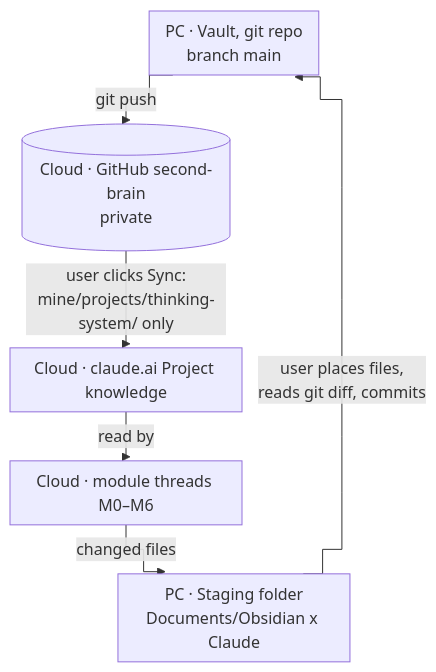
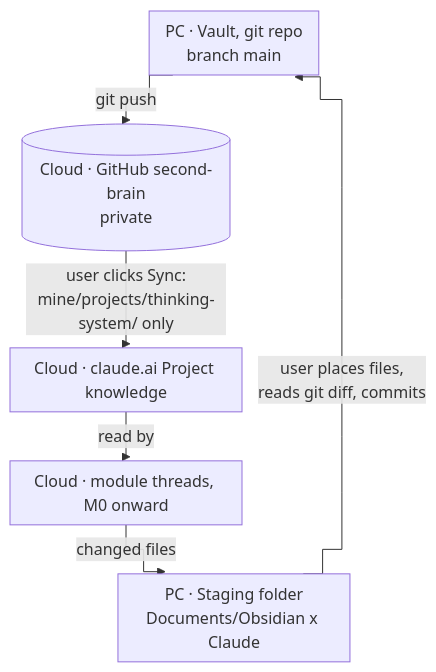
One commit to quocnguyen13/second-brain changed diagram 16 of 18 in mine/projects/thinking-system/20 Product Requirements.md. Above: the diagram before and after it, drawn with Mermaid. The commit also changed other lines of this file and 5 other files, not shown here.

````diff
--- a/mine/projects/thinking-system/20 Product Requirements.md
+++ b/mine/projects/thinking-system/20 Product Requirements.md
@@ -904,9 +1046,9 @@
 ```mermaid
 %%{init: {"flowchart": {"curve": "step", "useMaxWidth": true, "nodeSpacing": 12, "rankSpacing": 25, "padding": 8, "subGraphTitleMargin": {"top": 4, "bottom": 8}}}}%%
 flowchart TB
     VT["PC · Vault, git repo<br/>branch main"] -->|"git push"| GH[("Cloud · GitHub second-brain<br/>private")]
     GH -->|"user clicks Sync:<br/>mine/projects/thinking-system/ only"| PK["Cloud · claude.ai Project knowledge"]
-    PK -->|"read by"| TH["Cloud · module threads M0–M6"]
+    PK -->|"read by"| TH["Cloud · module threads, M0 onward"]
     TH -->|"changed files"| SF["PC · Staging folder<br/>Documents/Obsidian x Claude"]
     SF -->|"user places files,<br/>reads git diff, commits"| VT
 ```
````
